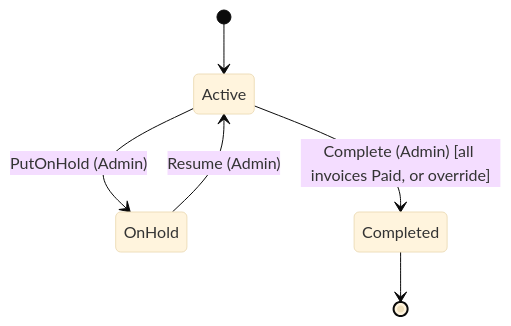
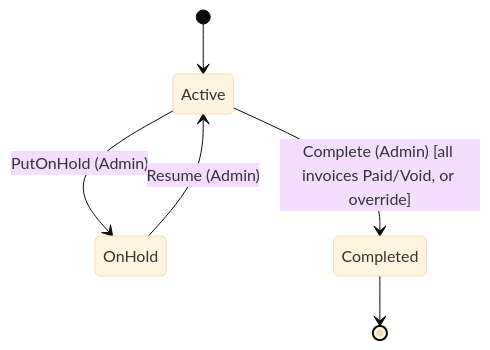
One commit to Keroleshanna/RenoTrack changed the fourth of 4 diagrams in StateMachine.md. Above: the diagram before and after it, drawn with Mermaid (base theme). The commit also changed other lines of this file and 25 other files, not shown here.

````diff
--- a/StateMachine.md
+++ b/StateMachine.md
@@ -164,8 +164,8 @@
 ```mermaid
 stateDiagram-v2
     [*] --> Active
     Active --> OnHold : PutOnHold (Admin)
     OnHold --> Active : Resume (Admin)
-    Active --> Completed : Complete (Admin) [all invoices Paid, or override]
+    Active --> Completed : Complete (Admin) [all invoices Paid/Void, or override]
     Completed --> [*]
 ```
````
